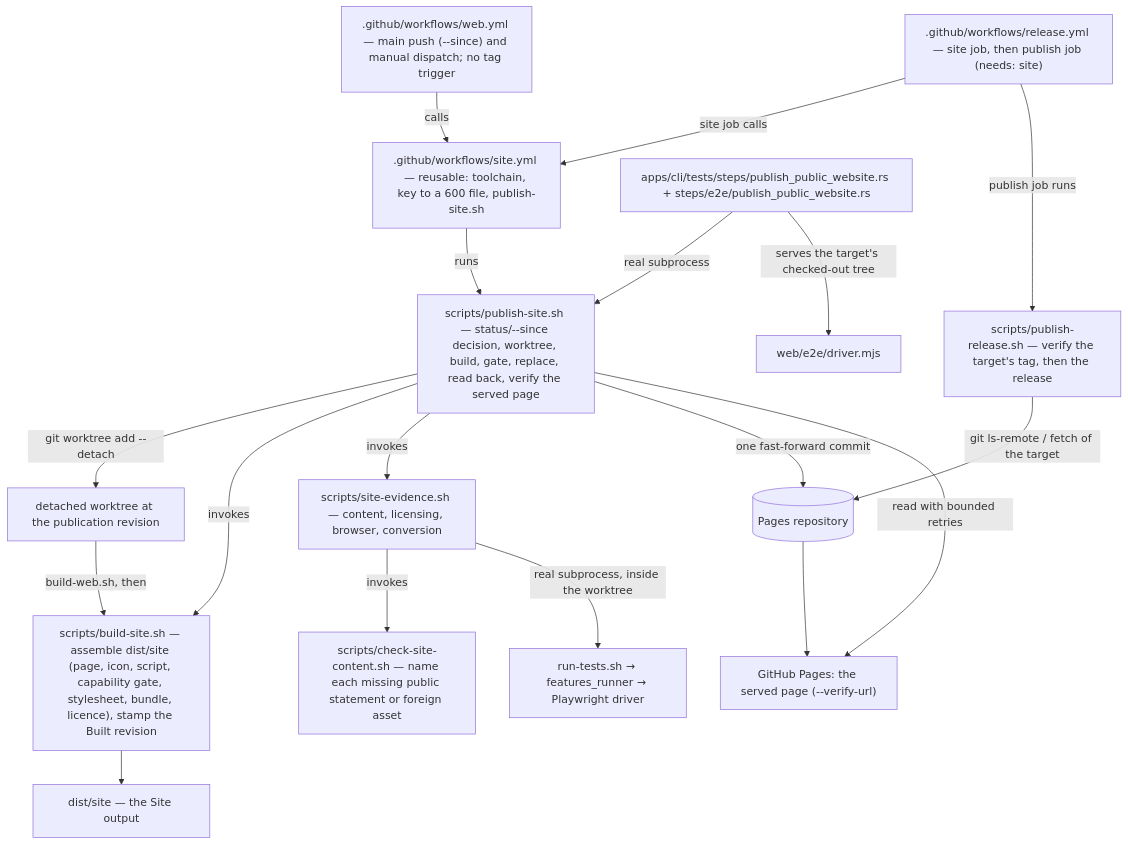
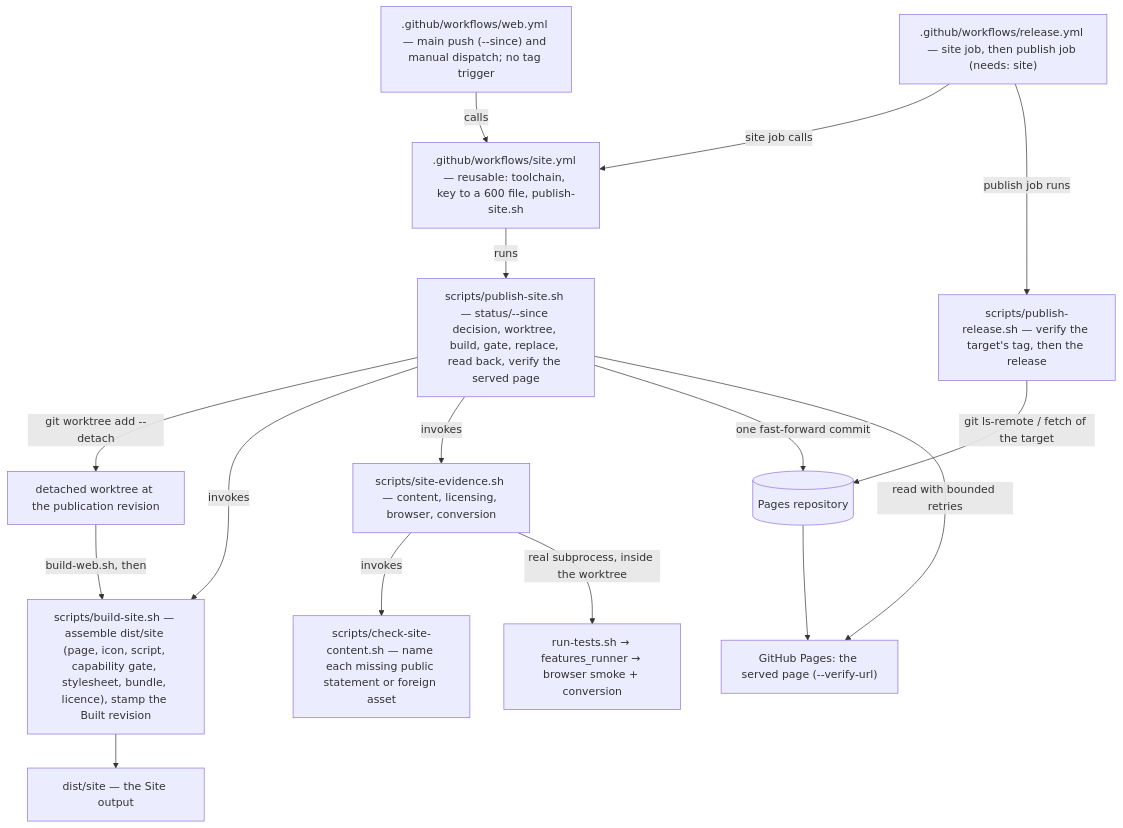
One commit to duty2cal/duty2cal changed the fourth of 6 diagrams in docs/arc42/05-building-block-view.md. Above: the diagram before and after it, drawn with Mermaid. The commit also changed other lines of this file and 61 other files, not shown here.

````diff
--- a/docs/arc42/05-building-block-view.md
+++ b/docs/arc42/05-building-block-view.md
@@ -64,31 +93,28 @@
 ```mermaid
 flowchart TB
   ASSEMBLE["scripts/build-site.sh — assemble dist/site (page, icon, script, capability gate, stylesheet, bundle, licence), stamp the Built revision"]
   CONTENT["scripts/check-site-content.sh — name each missing public statement or foreign asset"]
   EVIDENCE["scripts/site-evidence.sh — content, licensing, browser, conversion"]
   PUBLISH["scripts/publish-site.sh — status/--since decision, worktree, build, gate, replace, read back, verify the served page"]
   RELEASE["scripts/publish-release.sh — verify the target's tag, then the release"]
   WEBWF[".github/workflows/web.yml — main push (--since) and manual dispatch; no tag trigger"]
   SITEWF[".github/workflows/site.yml — reusable: toolchain, key to a 600 file, publish-site.sh"]
   RELWF[".github/workflows/release.yml — site job, then publish job (needs: site)"]
   WORKTREE["detached worktree at the publication revision"]
   SERVED["GitHub Pages: the served page (--verify-url)"]
-  STEPS["apps/cli/tests/steps/publish_public_website.rs + steps/e2e/publish_public_website.rs"]
   WEBWF -->|"calls"| SITEWF
   RELWF -->|"site job calls"| SITEWF
   SITEWF -->|"runs"| PUBLISH
   RELWF -->|"publish job runs"| RELEASE
   RELEASE -->|"git ls-remote / fetch of the target"| TARGET[("Pages repository")]
   PUBLISH -->|"git worktree add --detach"| WORKTREE
   WORKTREE -->|"build-web.sh, then"| ASSEMBLE
   PUBLISH -->|invokes| ASSEMBLE
   PUBLISH -->|invokes| EVIDENCE
   EVIDENCE -->|invokes| CONTENT
-  EVIDENCE -->|"real subprocess, inside the worktree"| RUNNER["run-tests.sh → features_runner → Playwright driver"]
-  STEPS -->|"real subprocess"| PUBLISH
-  STEPS -->|"serves the target's checked-out tree"| DRIVER["web/e2e/driver.mjs"]
+  EVIDENCE -->|"real subprocess, inside the worktree"| RUNNER["run-tests.sh → features_runner → browser smoke + conversion"]
   ASSEMBLE --> OUT["dist/site — the Site output"]
   PUBLISH -->|"one fast-forward commit"| TARGET
   TARGET --> SERVED
   PUBLISH -->|"read with bounded retries"| SERVED
 ```
````
